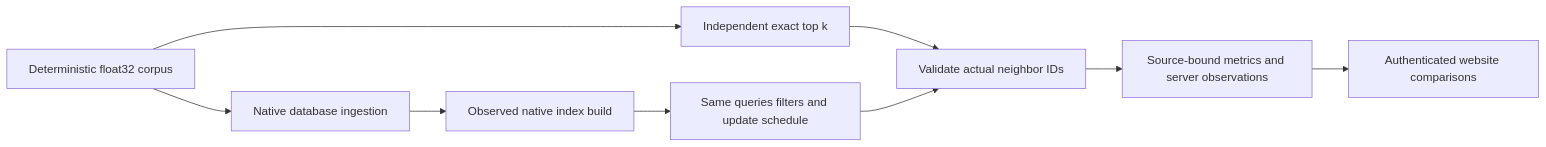
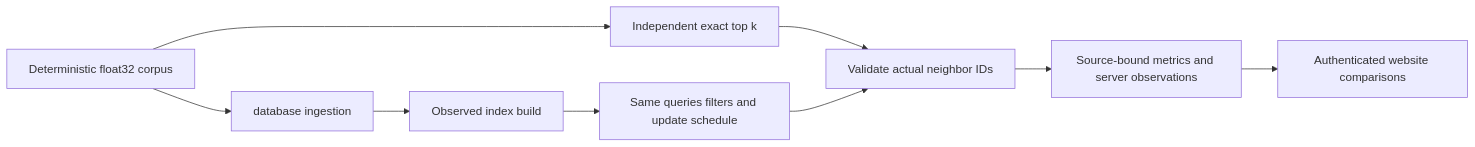
The diagram in docs/Features/BenchmarkComparisons/VectorQualification.md (managedcode/KeyLoad), drawn with Mermaid before and after one commit. The commit also changed other lines of this file and 9016 other files, not shown here.

````diff
--- a/docs/Features/BenchmarkComparisons/VectorQualification.md
+++ b/docs/Features/BenchmarkComparisons/VectorQualification.md
@@ -19,11 +19,11 @@
 ```mermaid
 flowchart LR
-    Corpus[Deterministic float32 corpus] --> Native[Native database ingestion]
+    Corpus[Deterministic float32 corpus] --> Execution[database ingestion]
     Corpus --> Oracle[Independent exact top k]
-    Native --> Index[Observed native index build]
+    Execution --> Index[Observed index build]
     Index --> Workload[Same queries filters and update schedule]
     Oracle --> Recall[Validate actual neighbor IDs]
     Workload --> Recall
     Recall --> Evidence[Source-bound metrics and server observations]
     Evidence --> Website[Authenticated website comparisons]
 ```
````
